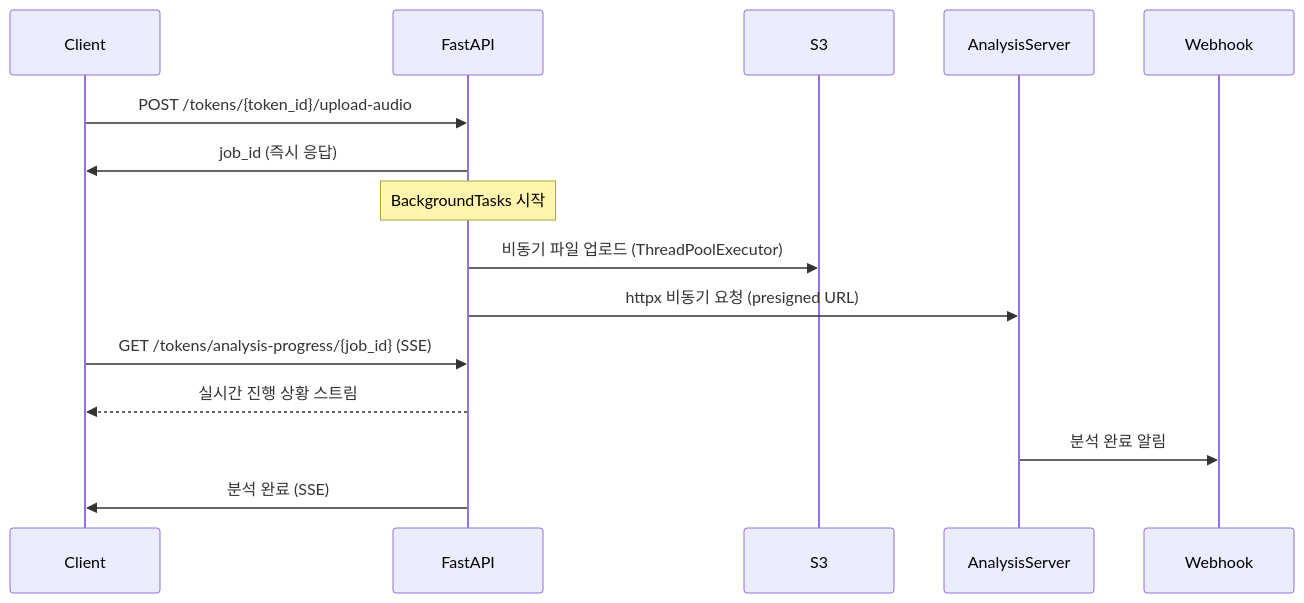
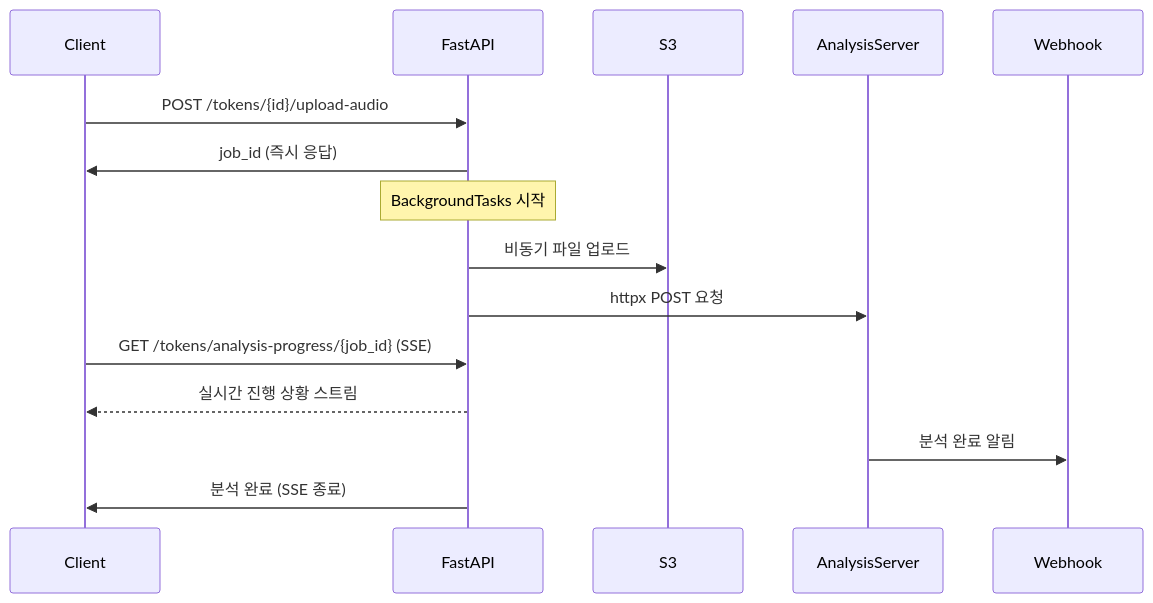
Before and after one commit to yousync-5/yousync-fastapi: the diagram in README.md, drawn with Mermaid. The commit also changed other lines of this file and 13 other files, not shown here.

````diff
--- a/README.md
+++ b/README.md
@@ -131,18 +129,21 @@
 ```mermaid
 sequenceDiagram
     participant Client
     participant FastAPI
     participant S3
     participant AnalysisServer
     participant Webhook
 
-    Client->>FastAPI: POST /tokens/{token_id}/upload-audio
+    Client->>FastAPI: POST /tokens/{id}/upload-audio
     FastAPI->>Client: job_id (즉시 응답)
+    
     Note over FastAPI: BackgroundTasks 시작
-    FastAPI->>S3: 비동기 파일 업로드 (ThreadPoolExecutor)
-    FastAPI->>AnalysisServer: httpx 비동기 요청 (presigned URL)
+    FastAPI->>S3: 비동기 파일 업로드
+    FastAPI->>AnalysisServer: httpx POST 요청
+    
     Client->>FastAPI: GET /tokens/analysis-progress/{job_id} (SSE)
     FastAPI-->>Client: 실시간 진행 상황 스트림
+    
     AnalysisServer->>Webhook: 분석 완료 알림
-    FastAPI->>Client: 분석 완료 (SSE)
+    FastAPI->>Client: 분석 완료 (SSE 종료)
 ```
````
